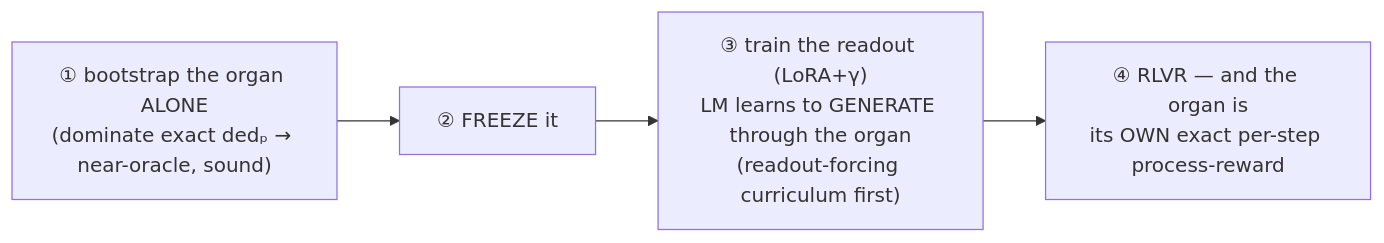
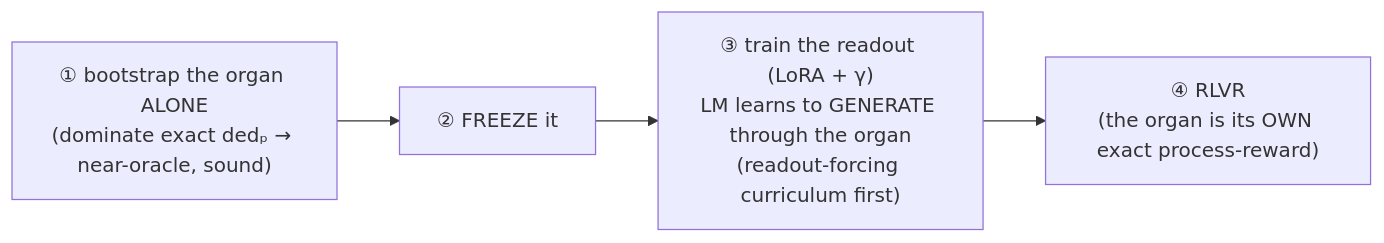
One commit to emberian/clairnets changed the second of 2 diagrams in README.md. Above: the diagram before and after it, drawn with Mermaid. The commit also changed other lines of this file, not shown here.

````diff
--- a/README.md
+++ b/README.md
@@ -54,6 +54,6 @@
 ```mermaid
 flowchart LR
   S1["① bootstrap the organ ALONE<br/>(dominate exact dedₚ → near-oracle, sound)"] --> S2["② FREEZE it"]
-  S2 --> S3["③ train the readout (LoRA+γ)<br/>LM learns to GENERATE through the organ<br/>(readout-forcing curriculum first)"]
-  S3 --> S4["④ RLVR — and the organ is<br/>its OWN exact per-step process-reward"]
+  S2 --> S3["③ train the readout (LoRA + γ)<br/>LM learns to GENERATE through the organ<br/>(readout-forcing curriculum first)"]
+  S3 --> S4["④ RLVR<br/>(the organ is its OWN exact process-reward)"]
 ```
````
